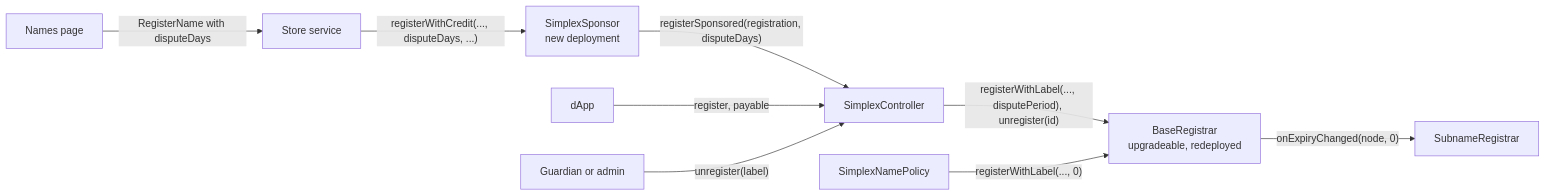
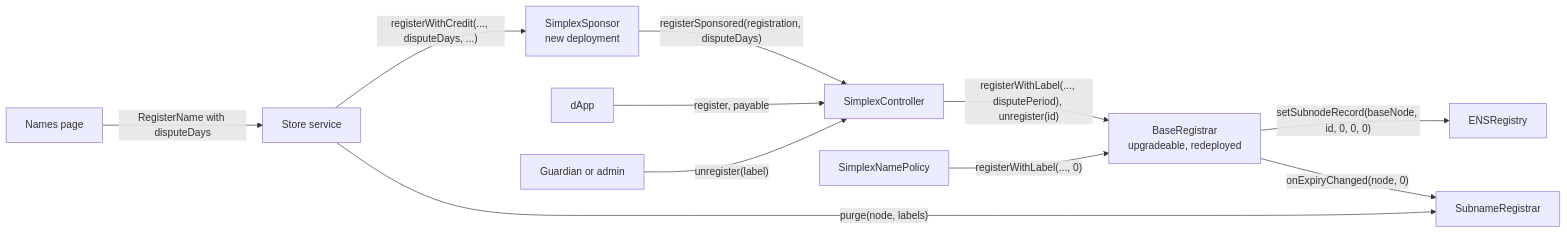
The third of 3 diagrams in docs/plans/dispute-period.md (brenzi/simplex-namespace-contract), drawn with Mermaid before and after one commit. The commit also changed other lines of this file and 2 other files, not shown here.

````diff
--- a/docs/plans/dispute-period.md
+++ b/docs/plans/dispute-period.md
@@ -123,11 +137,13 @@
 ```mermaid
 flowchart LR
   page["Names page"] -->|"RegisterName with disputeDays"| service["Store service"]
   service -->|"registerWithCredit(..., disputeDays, ...)"| sponsor["SimplexSponsor<br/>new deployment"]
   sponsor -->|"registerSponsored(registration, disputeDays)"| controller["SimplexController"]
   dapp["dApp"] -->|"register, payable"| controller
   guardian["Guardian or admin"] -->|"unregister(label)"| controller
   controller -->|"registerWithLabel(..., disputePeriod), unregister(id)"| registrar["BaseRegistrar<br/>upgradeable, redeployed"]
   policy["SimplexNamePolicy"] -->|"registerWithLabel(..., 0)"| registrar
+  registrar -->|"setSubnodeRecord(baseNode, id, 0, 0, 0)"| registry["ENSRegistry"]
   registrar -->|"onExpiryChanged(node, 0)"| subnames["SubnameRegistrar"]
+  service -->|"purge(node, labels)"| subnames
 ```
````
